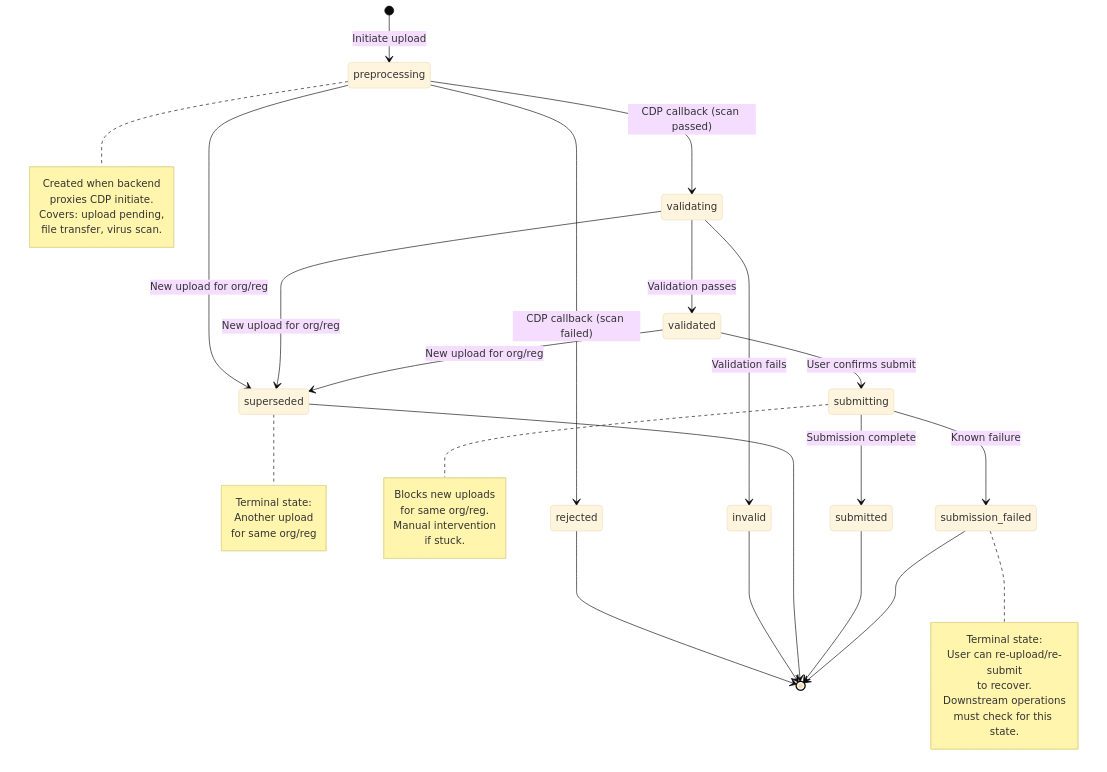
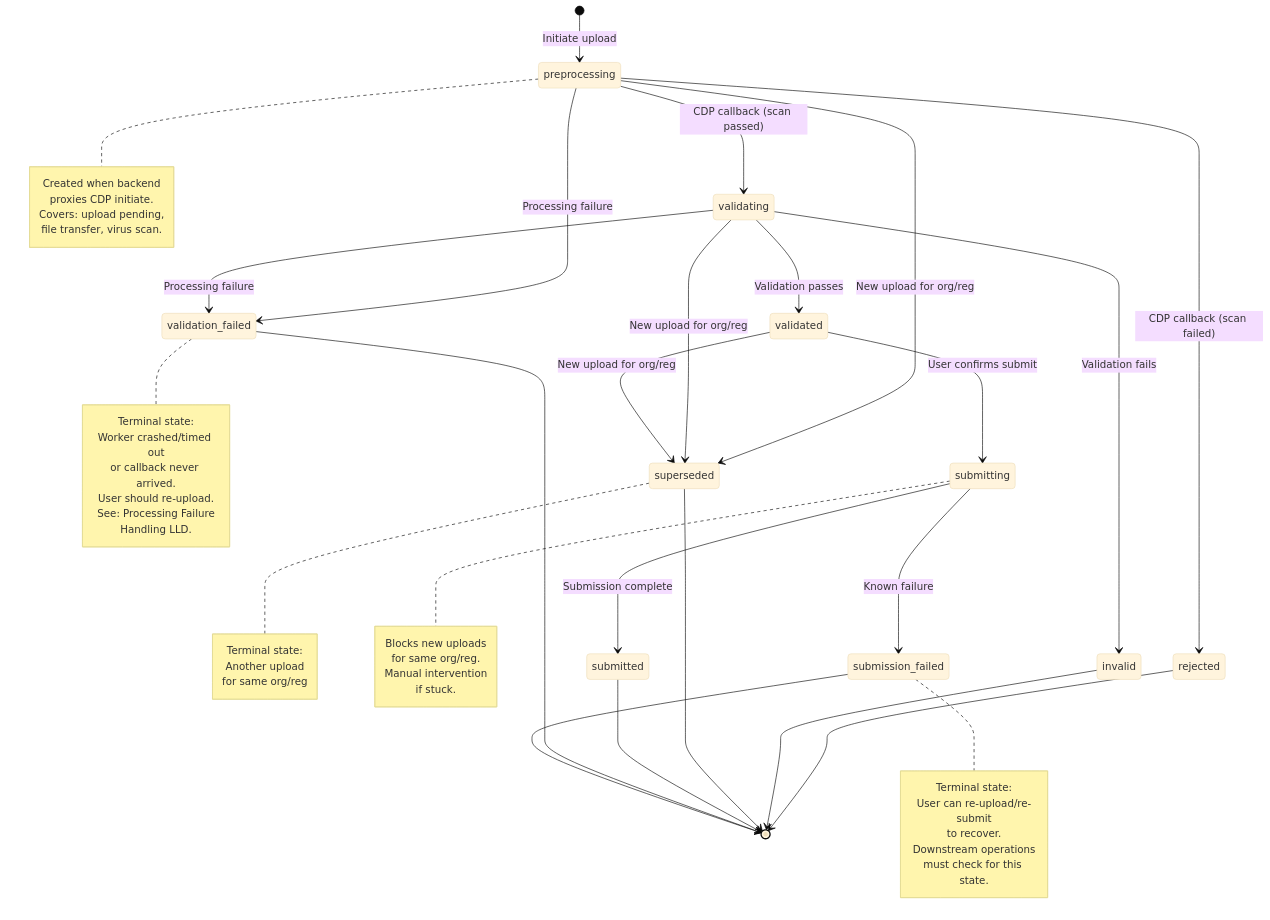
The second of 7 diagrams in docs/architecture/discovery/summary-log-submission-lld.md (DEFRA/epr-re-ex-service), drawn with Mermaid (base theme) before and after one commit. The commit also changed other lines of this file and 1 other file, not shown here.

Commit message:
PAE-664: Introduces documention on protecting against infinite polling following a summary log upload

````diff
--- a/docs/architecture/discovery/summary-log-submission-lld.md
+++ b/docs/architecture/discovery/summary-log-submission-lld.md
@@ -88,49 +91,61 @@
 ```mermaid
 stateDiagram-v2
     [*] --> preprocessing: Initiate upload
     preprocessing --> validating: CDP callback (scan passed)
     preprocessing --> rejected: CDP callback (scan failed)
+    preprocessing --> validation_failed: Processing failure
     validating --> validated: Validation passes
     validating --> invalid: Validation fails
+    validating --> validation_failed: Processing failure
     validated --> submitting: User confirms submit
     submitting --> submitted: Submission complete
     submitting --> submission_failed: Known failure
 
     preprocessing --> superseded: New upload for org/reg
     validating --> superseded: New upload for org/reg
     validated --> superseded: New upload for org/reg
 
     rejected --> [*]
     invalid --> [*]
     superseded --> [*]
     submitted --> [*]
+    validation_failed --> [*]
     submission_failed --> [*]
 
     note right of preprocessing
         Created when backend
         proxies CDP initiate.
         Covers: upload pending,
         file transfer, virus scan.
     end note
 
     note right of superseded
         Terminal state:
         Another upload
         for same org/reg
     end note
 
     note right of submitting
         Blocks new uploads
         for same org/reg.
         Manual intervention
         if stuck.
     end note
 
+    note right of validation_failed
+        Terminal state:
+        Worker crashed/timed out
+        or callback never arrived.
+        User should re-upload.
+        See: Processing Failure
+        Handling LLD.
+    end note
+
     note right of submission_failed
         Terminal state:
         User can re-upload/re-submit
         to recover.
         Downstream operations
         must check for this state.
     end note
 ```
````
